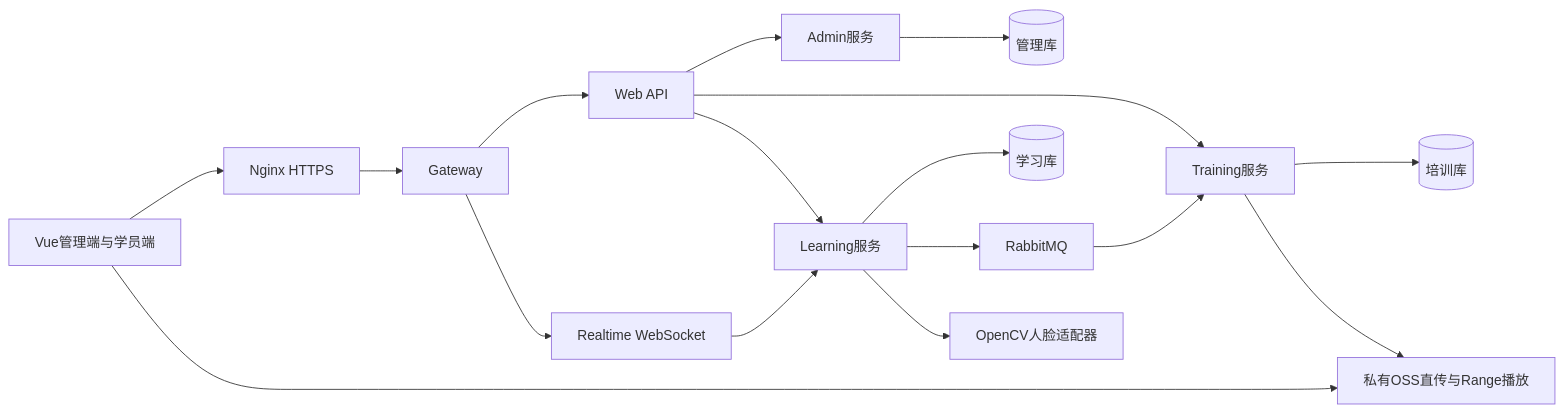
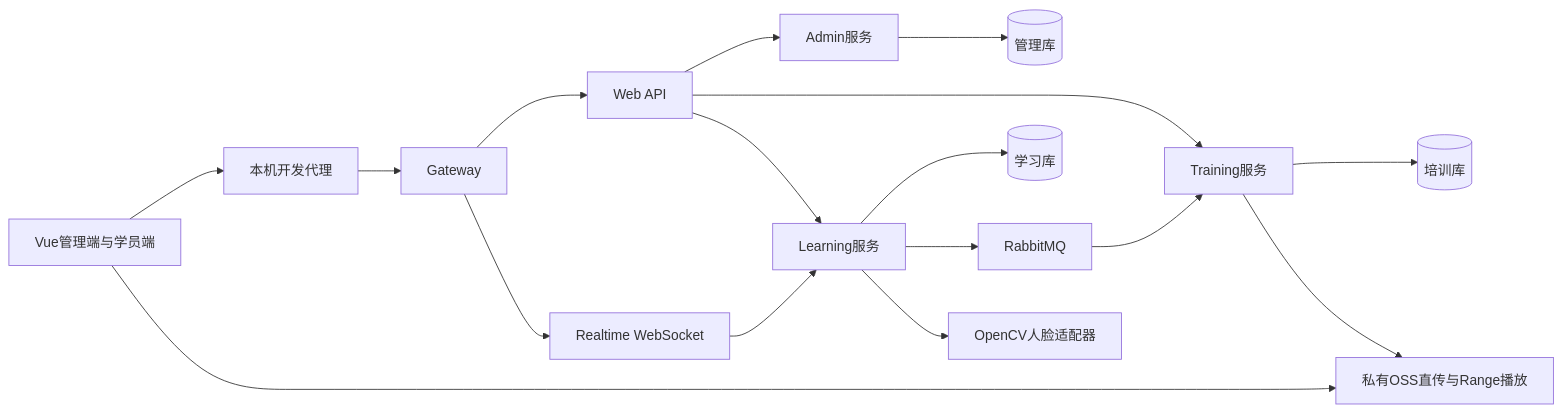
One commit to Lijian500/road-transport-training-platform changed the first of 4 diagrams in docs/thesis/design-and-defense.md. Above: the diagram before and after it, drawn with Mermaid. The commit also changed other lines of this file and 43 other files, not shown here.

````diff
--- a/docs/thesis/design-and-defense.md
+++ b/docs/thesis/design-and-defense.md
@@ -23,19 +23,19 @@
 ```mermaid
 flowchart LR
-    B[Vue管理端与学员端] --> N[Nginx HTTPS]
+    B[Vue管理端与学员端] --> N[本机开发代理]
     N --> G[Gateway]
     G --> W[Web API]
     G --> R[Realtime WebSocket]
     W --> A[Admin服务]
     W --> T[Training服务]
     W --> L[Learning服务]
     R --> L
     A --> AD[(管理库)]
     T --> TD[(培训库)]
     L --> LD[(学习库)]
     L --> MQ[RabbitMQ]
     MQ --> T
     B --> OSS[私有OSS直传与Range播放]
     T --> OSS
     L --> F[OpenCV人脸适配器]
 ```
````
